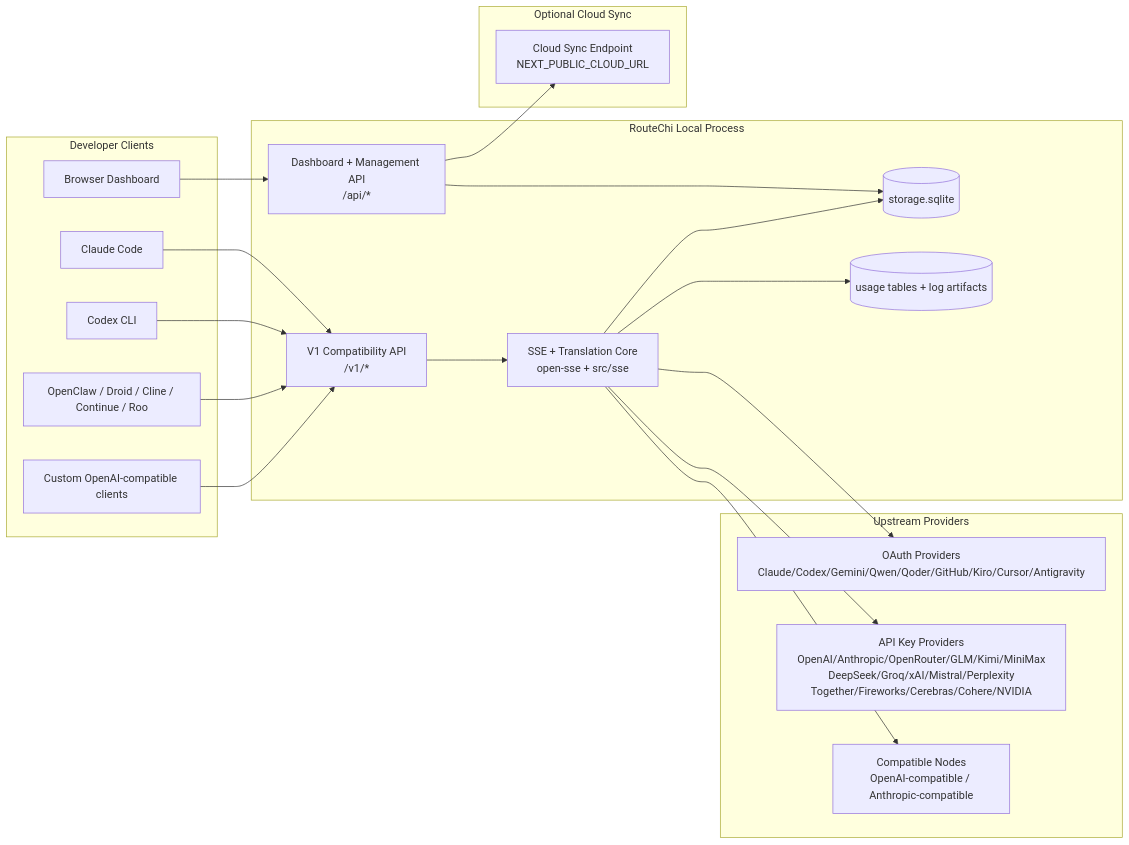
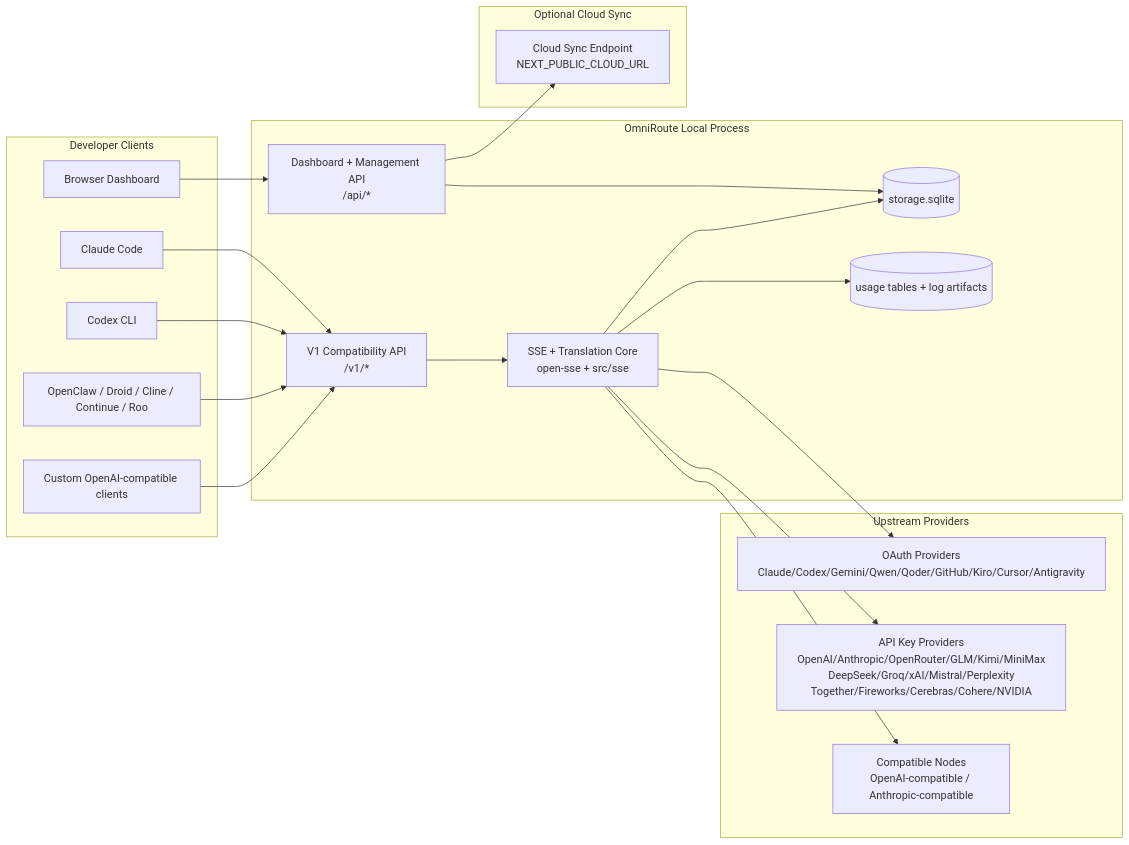
Before and after one commit to borhandarabi/RouteChi: the first of 7 diagrams in docs/i18n/fa/docs/architecture/ARCHITECTURE.md, drawn with Mermaid. The commit also changed other lines of this file and 299 other files, not shown here.

Commit message:
Revert Routechi To OmniRoute

````diff
--- a/docs/i18n/fa/docs/architecture/ARCHITECTURE.md
+++ b/docs/i18n/fa/docs/architecture/ARCHITECTURE.md
@@ -159,45 +159,45 @@
 ```mermaid
 flowchart LR
     subgraph Clients[Developer Clients]
         C1[Claude Code]
         C2[Codex CLI]
         C3[OpenClaw / Droid / Cline / Continue / Roo]
         C4[Custom OpenAI-compatible clients]
         BROWSER[Browser Dashboard]
     end
 
-    subgraph Router[RouteChi Local Process]
+    subgraph Router[OmniRoute Local Process]
         API[V1 Compatibility API\n/v1/*]
         DASH[Dashboard + Management API\n/api/*]
         CORE[SSE + Translation Core\nopen-sse + src/sse]
         DB[(storage.sqlite)]
         UDB[(usage tables + log artifacts)]
     end
 
     subgraph Upstreams[Upstream Providers]
         P1[OAuth Providers\nClaude/Codex/Gemini/Qwen/Qoder/GitHub/Kiro/Cursor/Antigravity]
         P2[API Key Providers\nOpenAI/Anthropic/OpenRouter/GLM/Kimi/MiniMax\nDeepSeek/Groq/xAI/Mistral/Perplexity\nTogether/Fireworks/Cerebras/Cohere/NVIDIA]
         P3[Compatible Nodes\nOpenAI-compatible / Anthropic-compatible]
     end
 
     subgraph Cloud[Optional Cloud Sync]
         CLOUD[Cloud Sync Endpoint\nNEXT_PUBLIC_CLOUD_URL]
     end
 
     C1 --> API
     C2 --> API
     C3 --> API
     C4 --> API
     BROWSER --> DASH
 
     API --> CORE
     DASH --> DB
     CORE --> DB
     CORE --> UDB
 
     CORE --> P1
     CORE --> P2
     CORE --> P3
 
     DASH --> CLOUD
 ```
````
